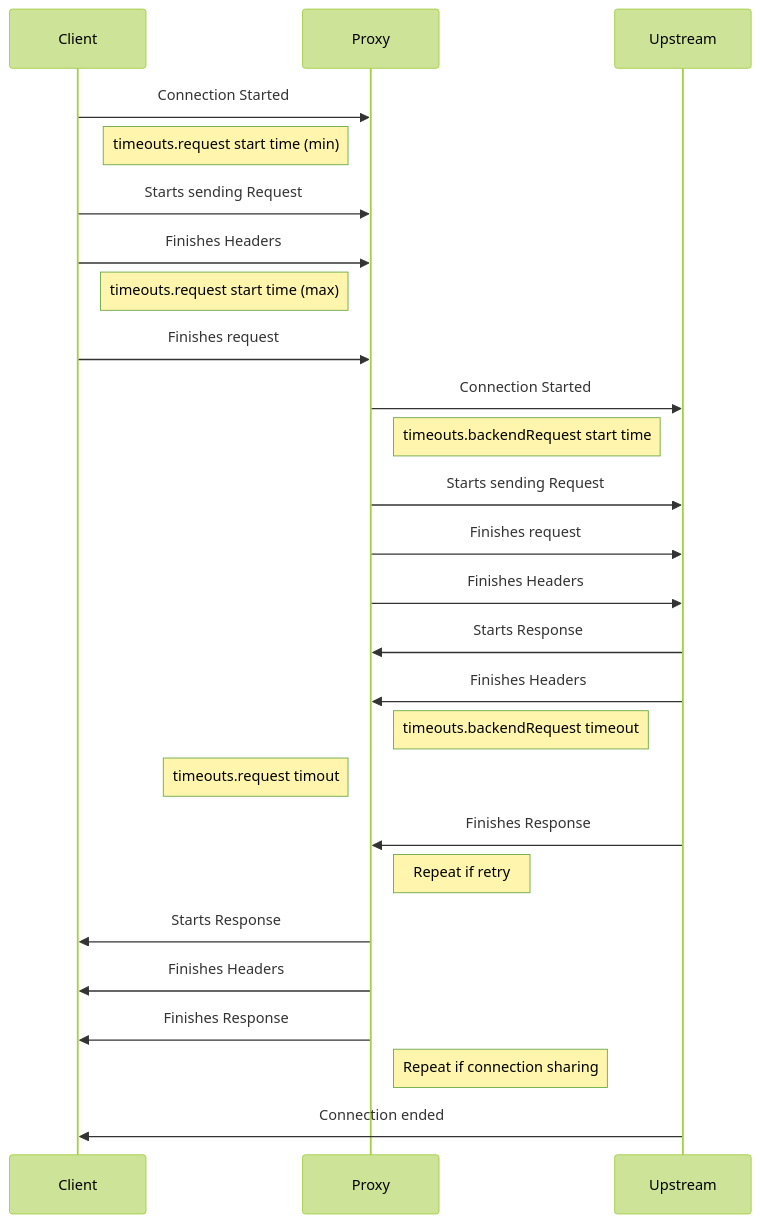
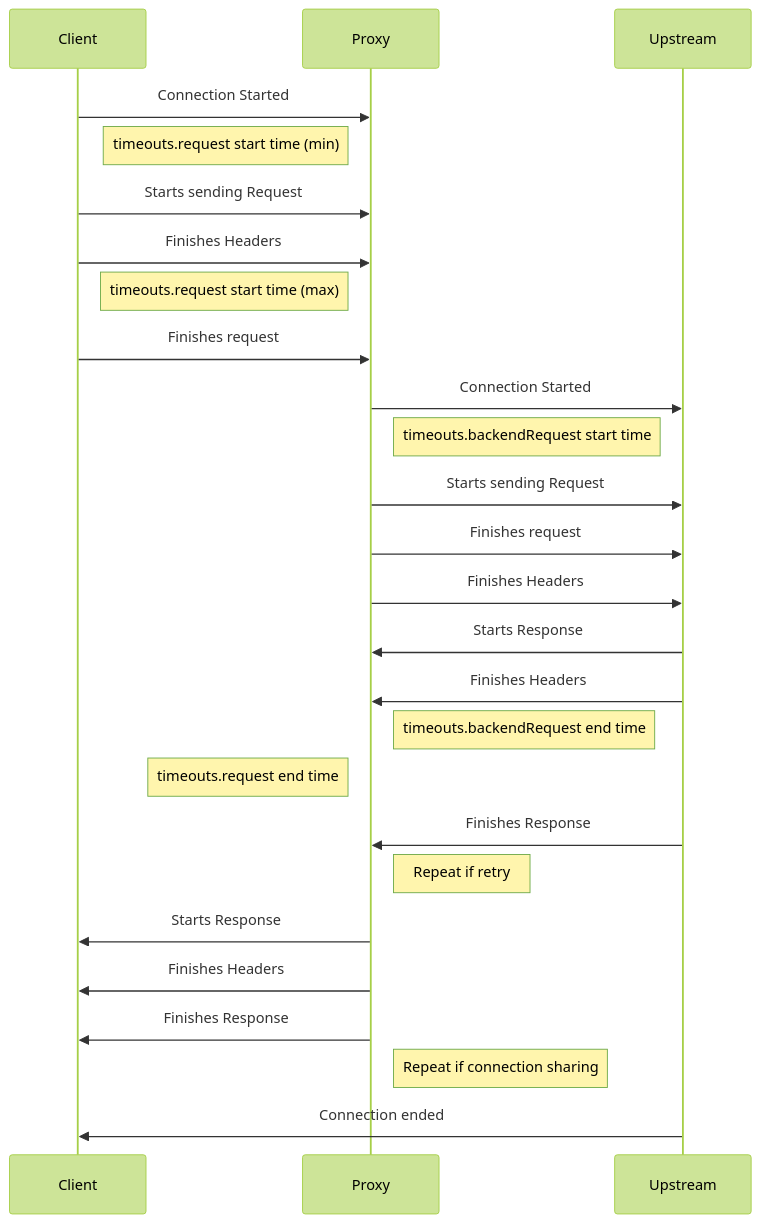
The sixth of 6 diagrams in geps/gep-1742.md (kubernetes-sigs/gateway-api), drawn with Mermaid (forest theme) before and after one commit.

Commit message:
timeout -> end time

````diff
--- a/geps/gep-1742.md
+++ b/geps/gep-1742.md
@@ -401,28 +401,28 @@
 ```mermaid
 sequenceDiagram
     participant C as Client
     participant P as Proxy
     participant U as Upstream
     C->>P: Connection Started
     note left of P: timeouts.request start time (min)
     C->>P: Starts sending Request
     C->>P: Finishes Headers
     note left of P: timeouts.request start time (max)
     C->>P: Finishes request
     P->>U: Connection Started
     note right of P: timeouts.backendRequest start time
     P->>U: Starts sending Request
     P->>U: Finishes request
     P->>U: Finishes Headers
     U->>P: Starts Response
     U->>P: Finishes Headers
-    note right of P: timeouts.backendRequest timeout
-    note left of P: timeouts.request timout
+    note right of P: timeouts.backendRequest end time
+    note left of P: timeouts.request end time
     U->>P: Finishes Response
     note right of P: Repeat if retry
     P->>C: Starts Response
     P->>C: Finishes Headers
     P->>C: Finishes Response
     Note right of P: Repeat if connection sharing
     U->>C: Connection ended
 ```
````
